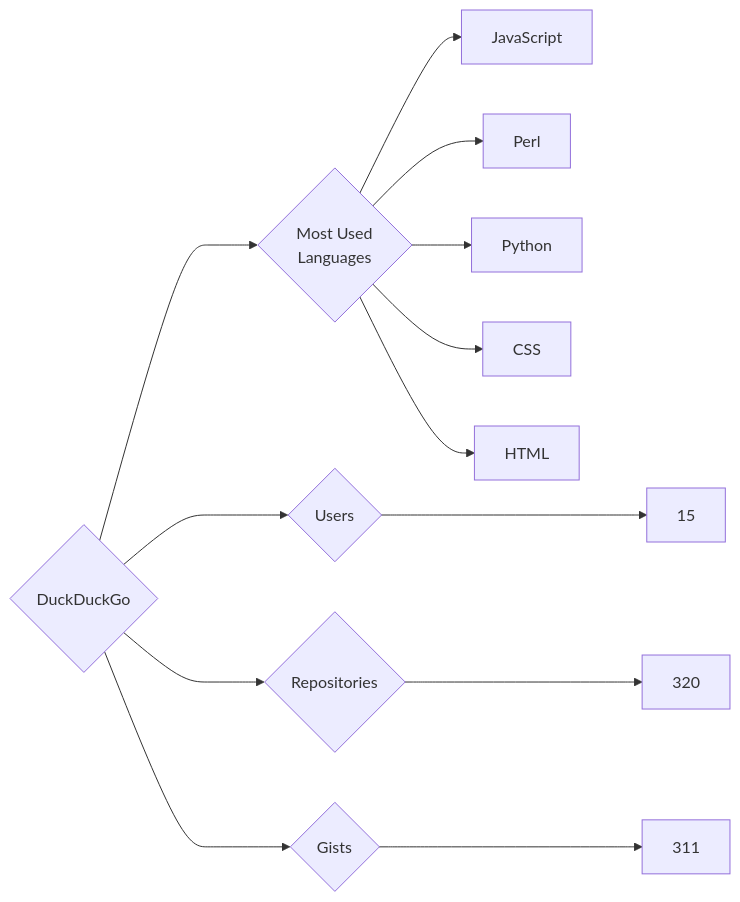
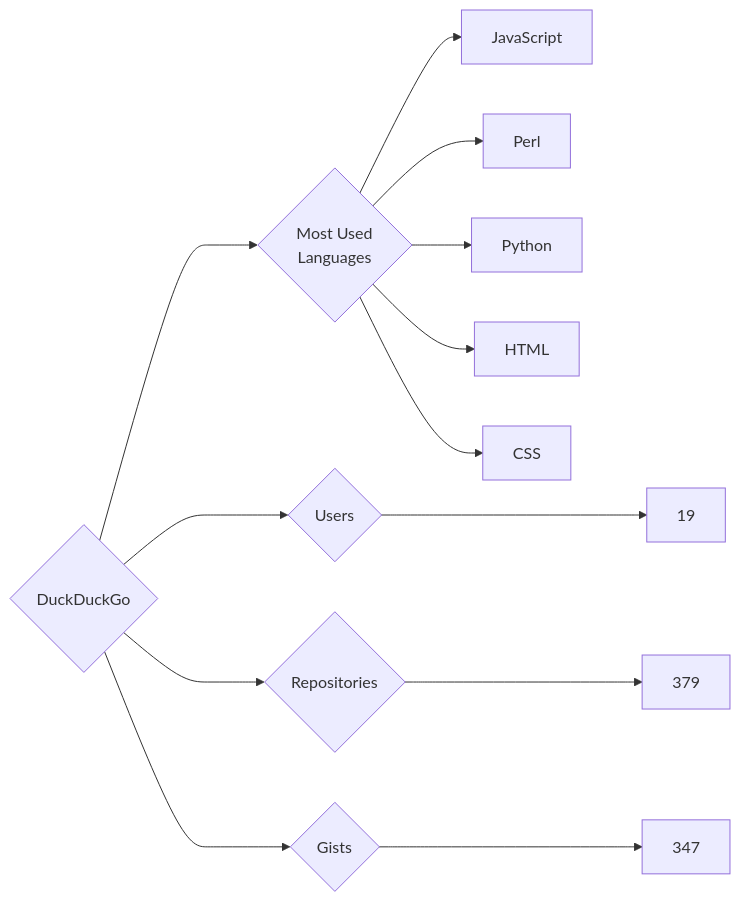
The diagram in targets/DuckDuckGo/README.md (trickest/insiders), drawn with Mermaid before and after one commit. The commit also changed 644 other files, not shown here.

````diff
--- a/targets/DuckDuckGo/README.md
+++ b/targets/DuckDuckGo/README.md
@@ -3,13 +3,13 @@
 ```mermaid
 graph LR
 COMPANY_NAME{DuckDuckGo}
-COMPANY_NAME ---> U{Users} ---> UN[15]
-COMPANY_NAME ---> R{Repositories} ---> RN[320]
-COMPANY_NAME ---> G{Gists} ---> GN[311]
+COMPANY_NAME ---> U{Users} ---> UN[19]
+COMPANY_NAME ---> R{Repositories} ---> RN[379]
+COMPANY_NAME ---> G{Gists} ---> GN[347]
 COMPANY_NAME ---> ML{Most Used<br>Languages}
 ML --> JavaScript[JavaScript]
 ML --> Perl[Perl]
 ML --> Python[Python]
+ML --> HTML[HTML]
 ML --> CSS[CSS]
-ML --> HTML[HTML]
 ```
````
